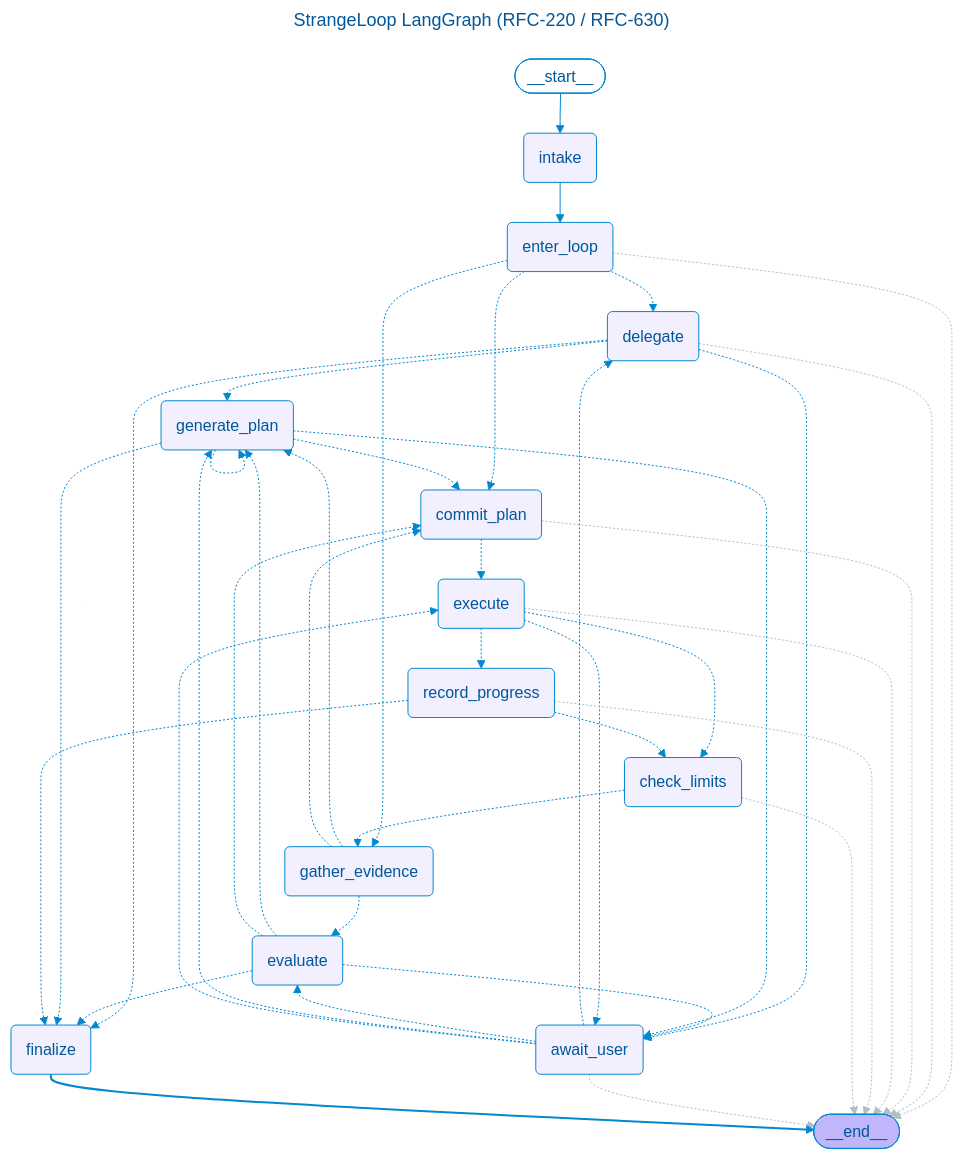
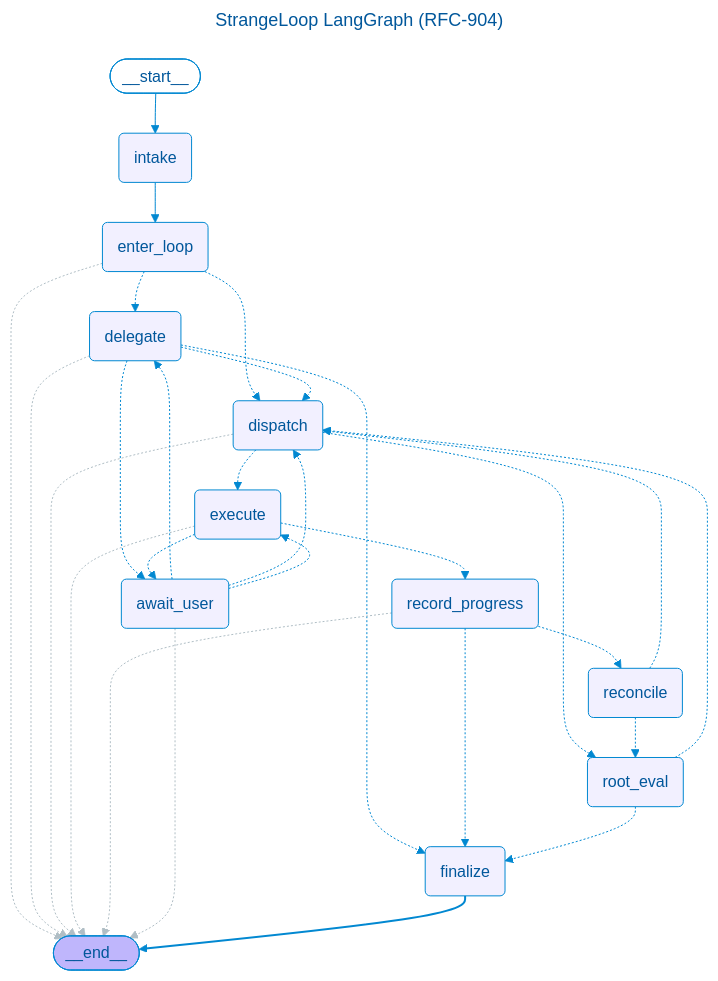
Before and after one commit to OpenSoothe/soothe: the diagram in docs/diagrams/strange_loop_graph.mmd, drawn with Mermaid. The commit also changed 11 other files, not shown here.

Commit message:
docs(sloop): sync diagrams and wiki to RFC-904 dispatch topology (IG-753)

```diff
--- a/docs/diagrams/strange_loop_graph.mmd
+++ b/docs/diagrams/strange_loop_graph.mmd
@@ -1,75 +1,62 @@
 ---
-title: StrangeLoop LangGraph (RFC-220 / RFC-630)
+title: StrangeLoop LangGraph (RFC-904)
 config:
   flowchart:
     curve: basis
     nodeSpacing: 30
     rankSpacing: 40
     useMaxWidth: true
   theme: base
   themeVariables:
     primaryColor: "#e1f5fe"
     primaryTextColor: "#01579b"
     primaryBorderColor: "#0288d1"
     lineColor: "#0288d1"
     secondaryColor: "#fff3e0"
     tertiaryColor: "#f3e5f5"
 ---
 graph TD;
 	__start__([<p>__start__</p>]):::first
 	intake(intake)
 	enter_loop(enter_loop)
 	delegate(delegate)
-	gather_evidence(gather_evidence)
-	evaluate(evaluate)
-	generate_plan(generate_plan)
-	commit_plan(commit_plan)
+	dispatch(dispatch)
 	execute(execute)
 	record_progress(record_progress)
-	check_limits(check_limits)
+	reconcile(reconcile)
+	root_eval(root_eval)
 	await_user(await_user)
 	finalize(finalize)
 	__end__([<p>__end__</p>]):::last
 	__start__ --> intake;
 	intake --> enter_loop;
 	enter_loop -.-> delegate;
-	enter_loop -.-> gather_evidence;
-	enter_loop -.-> commit_plan;
+	enter_loop -.-> dispatch;
 	enter_loop -.-> __end__;
-	delegate -.-> generate_plan;
+	delegate -.-> dispatch;
 	delegate -.-> await_user;
 	delegate -.-> finalize;
 	delegate -.-> __end__;
-	gather_evidence -.-> evaluate;
-	gather_evidence -.-> generate_plan;
-	gather_evidence -.-> commit_plan;
-	evaluate -.-> generate_plan;
-	evaluate -.-> commit_plan;
-	evaluate -.-> await_user;
-	evaluate -.-> finalize;
-	generate_plan -.-> generate_plan;
-	generate_plan -.-> commit_plan;
-	generate_plan -.-> await_user;
-	generate_plan -.-> finalize;
-	commit_plan -.-> execute;
-	commit_plan -.-> __end__;
+	dispatch -.-> execute;
+	dispatch -.-> root_eval;
+	dispatch -.-> __end__;
 	execute -.-> record_progress;
-	execute -.-> check_limits;
 	execute -.-> await_user;
 	execute -.-> __end__;
-	record_progress -.-> check_limits;
+	record_progress -.-> reconcile;
 	record_progress -.-> finalize;
 	record_progress -.-> __end__;
-	check_limits -.-> gather_evidence;
-	check_limits -.-> __end__;
+	reconcile -.-> dispatch;
+	reconcile -.-> root_eval;
+	root_eval -.-> dispatch;
+	root_eval -.-> finalize;
 	await_user -.-> delegate;
-	await_user -.-> evaluate;
-	await_user -.-> generate_plan;
+	await_user -.-> dispatch;
 	await_user -.-> execute;
 	await_user -.-> __end__;
 	finalize --> __end__;
 	classDef default fill:#f2f0ff,line-height:1.2
 	classDef first fill-opacity:0
 	classDef last fill:#bfb6fc
-	linkStyle 5,9,22,26,29,31,36 stroke:#b0bec5,stroke-width:1px
-	linkStyle 37 stroke:#0288d1,stroke-width:2px
+	linkStyle 4,8,11,14,17,25 stroke:#b0bec5,stroke-width:1px
+	linkStyle 26 stroke:#0288d1,stroke-width:2px
```
